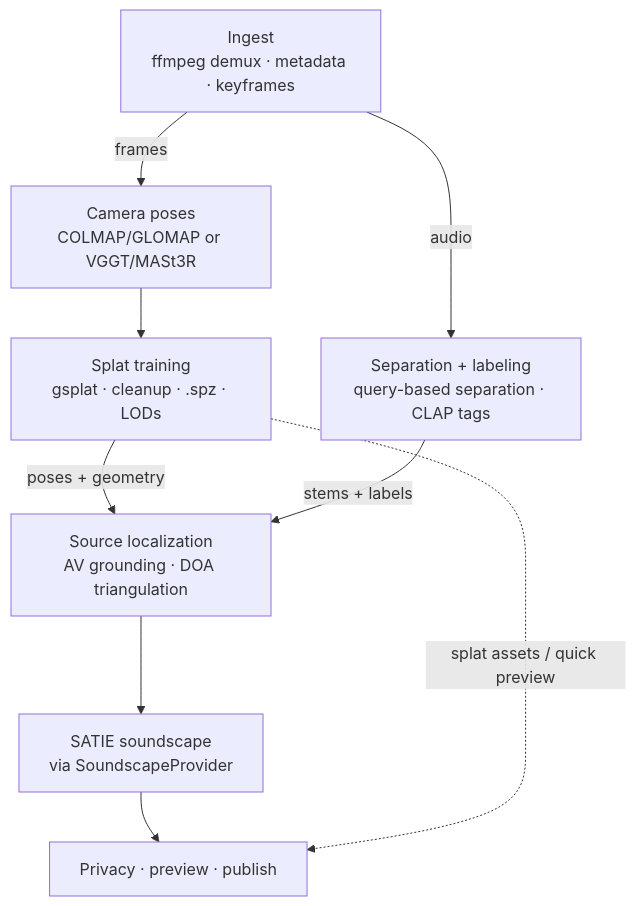
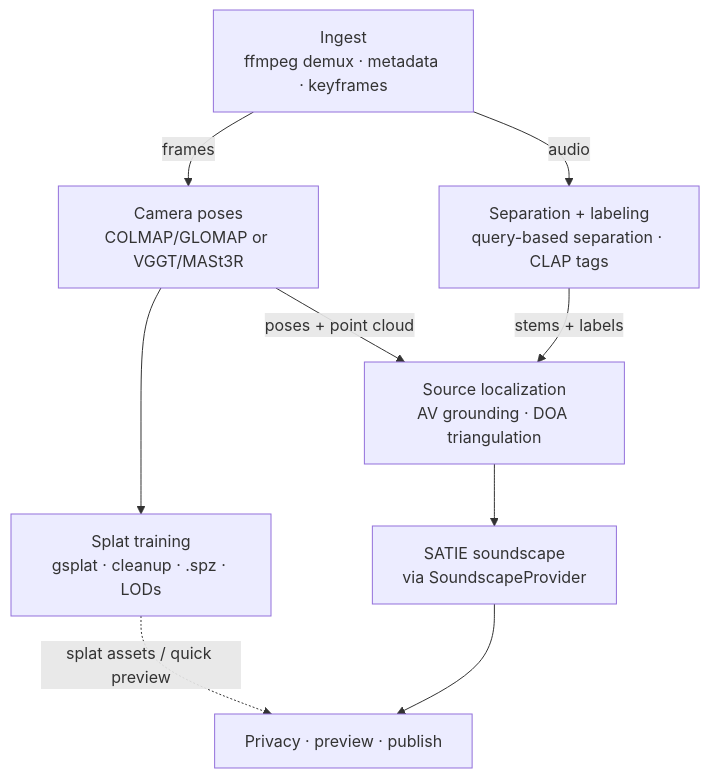
One commit to AbdoDayem/MemoryScapes changed the second of 2 diagrams in docs/ARCHITECTURE.md. Above: the diagram before and after it, drawn with Mermaid. The commit also changed other lines of this file and 33 other files, not shown here.

````diff
--- a/docs/ARCHITECTURE.md
+++ b/docs/ARCHITECTURE.md
@@ -77,17 +77,17 @@
 ```mermaid
 flowchart TB
   ingest["Ingest<br/>ffmpeg demux · metadata · keyframes"]
   poses["Camera poses<br/>COLMAP/GLOMAP or VGGT/MASt3R"]
   splat["Splat training<br/>gsplat · cleanup · .spz · LODs"]
   sep["Separation + labeling<br/>query-based separation · CLAP tags"]
   loc["Source localization<br/>AV grounding · DOA triangulation"]
   satie["SATIE soundscape<br/>via SoundscapeProvider"]
   pub["Privacy · preview · publish"]
 
   ingest -- frames --> poses --> splat
   ingest -- audio --> sep
-  splat -- "poses + geometry" --> loc
+  poses -- "poses + point cloud" --> loc
   sep -- "stems + labels" --> loc
   loc --> satie --> pub
   splat -. "splat assets / quick preview" .-> pub
 ```
````
